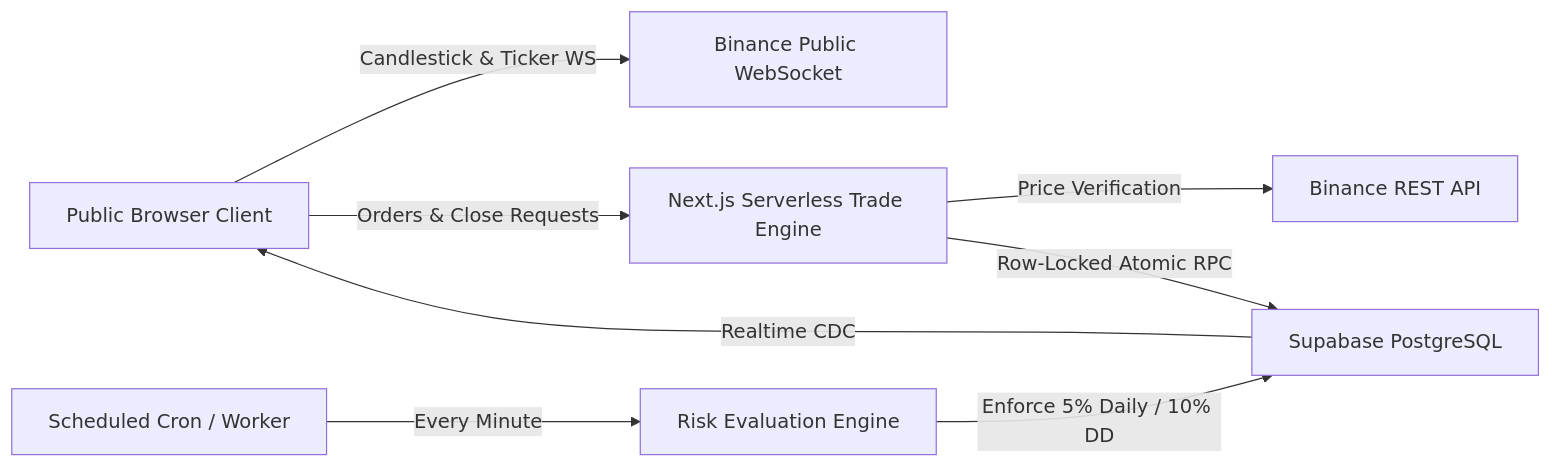
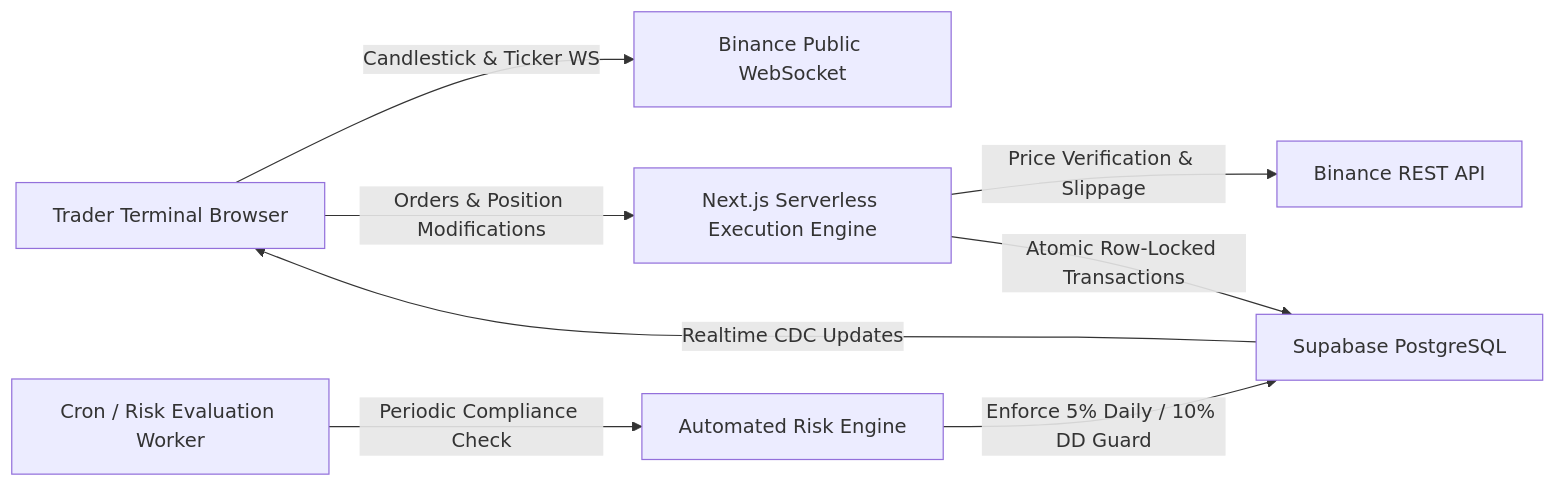
Before and after one commit to Bhagawan-Hacks/propedge: the diagram in README.md, drawn with Mermaid. The commit also changed other lines of this file and 13 other files, not shown here.

Commit message:
feat: revamp UI to natural institutional theme, remove educational disclaimers, complete password reset flow

````diff
--- a/README.md
+++ b/README.md
@@ -22,10 +21,10 @@
 ```mermaid
 flowchart LR
-    A[Public Browser Client] -->|Candlestick & Ticker WS| B[Binance Public WebSocket]
-    A -->|Orders & Close Requests| C[Next.js Serverless Trade Engine]
-    C -->|Price Verification| D[Binance REST API]
-    C -->|Row-Locked Atomic RPC| E[Supabase PostgreSQL]
-    E -->|Realtime CDC| A
-    F[Scheduled Cron / Worker] -->|Every Minute| G[Risk Evaluation Engine]
-    G -->|Enforce 5% Daily / 10% DD| E
+    A[Trader Terminal Browser] -->|Candlestick & Ticker WS| B[Binance Public WebSocket]
+    A -->|Orders & Position Modifications| C[Next.js Serverless Execution Engine]
+    C -->|Price Verification & Slippage| D[Binance REST API]
+    C -->|Atomic Row-Locked Transactions| E[Supabase PostgreSQL]
+    E -->|Realtime CDC Updates| A
+    F[Cron / Risk Evaluation Worker] -->|Periodic Compliance Check| G[Automated Risk Engine]
+    G -->|Enforce 5% Daily / 10% DD Guard| E
 ```
````
